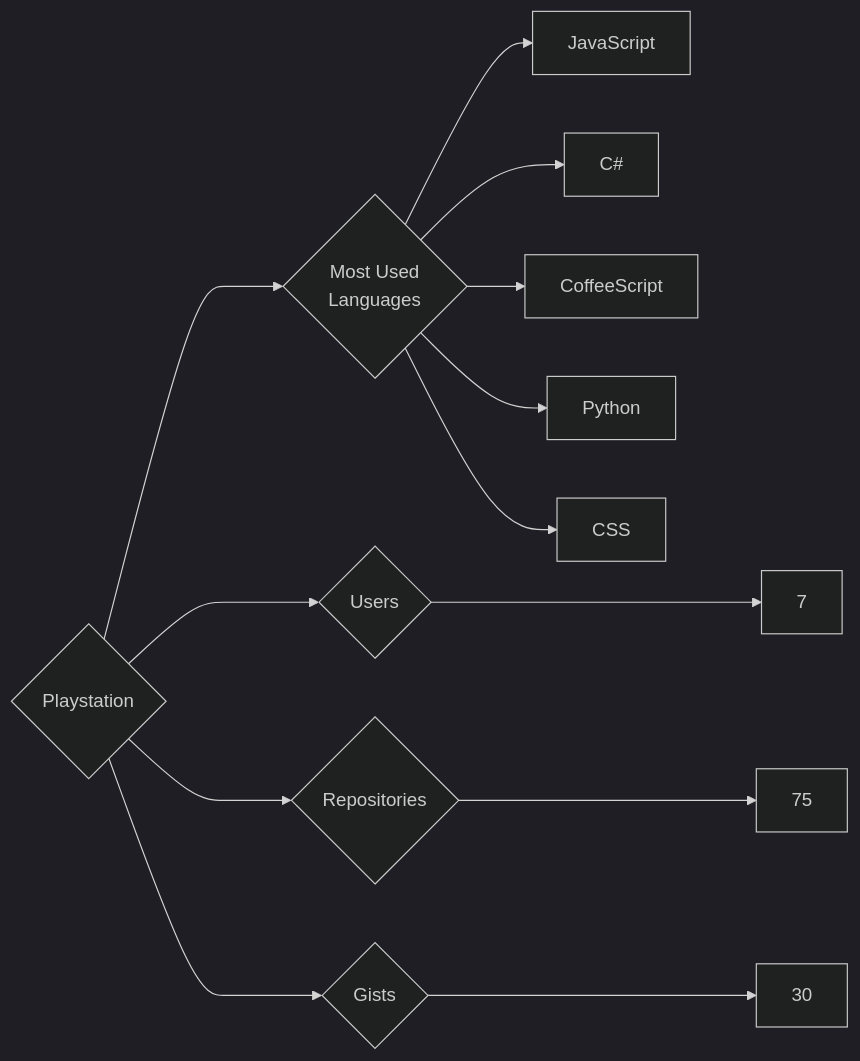
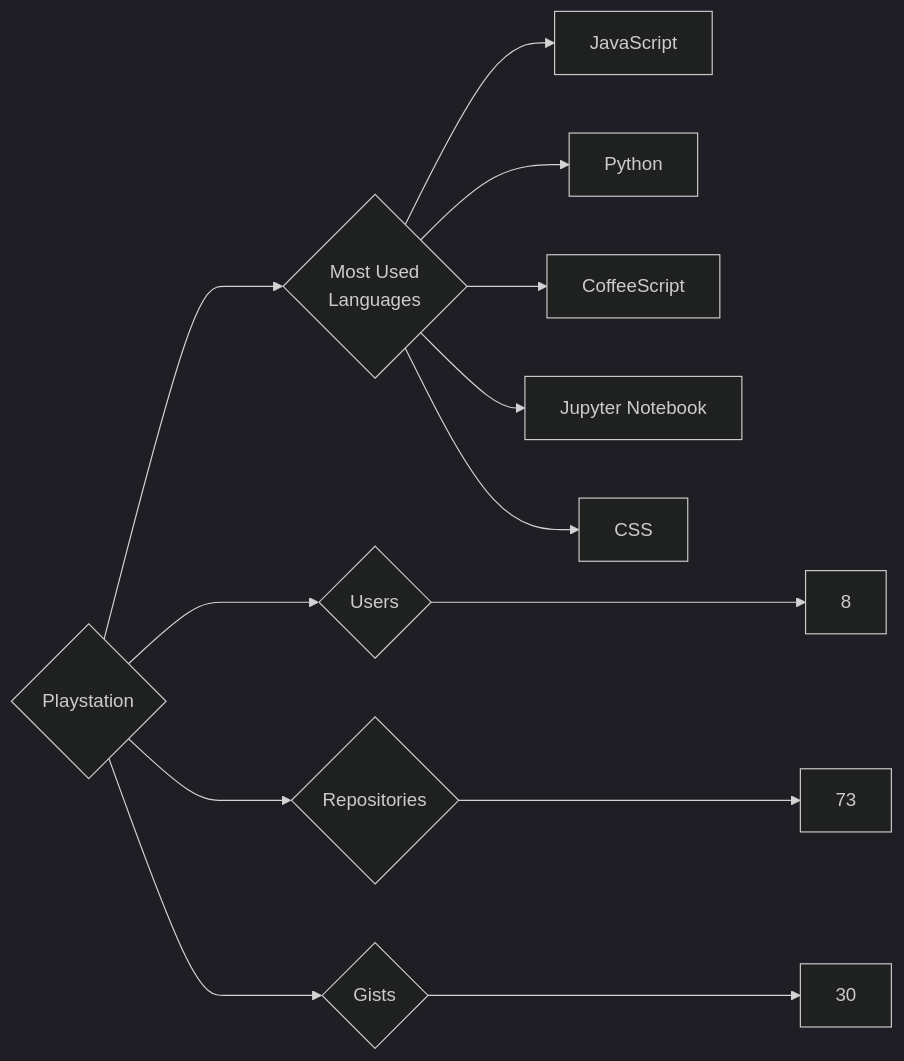
One commit to trickest/insiders changed the diagram in targets/Playstation/README.md. Above: the diagram before and after it, drawn with Mermaid (dark theme). The commit also changed 965 other files, not shown here.

````diff
--- a/targets/Playstation/README.md
+++ b/targets/Playstation/README.md
@@ -3,13 +3,13 @@
 ```mermaid
 graph LR
 COMPANY_NAME{Playstation}
-COMPANY_NAME ---> U{Users} ---> UN[7]
-COMPANY_NAME ---> R{Repositories} ---> RN[75]
+COMPANY_NAME ---> U{Users} ---> UN[8]
+COMPANY_NAME ---> R{Repositories} ---> RN[73]
 COMPANY_NAME ---> G{Gists} ---> GN[30]
 COMPANY_NAME ---> ML{Most Used<br>Languages}
 ML --> JavaScript[JavaScript]
-ML --> C#[C#]
+ML --> Python[Python]
 ML --> CoffeeScript[CoffeeScript]
-ML --> Python[Python]
+ML --> Jupyter_Notebook[Jupyter Notebook]
 ML --> CSS[CSS]
 ```
````
